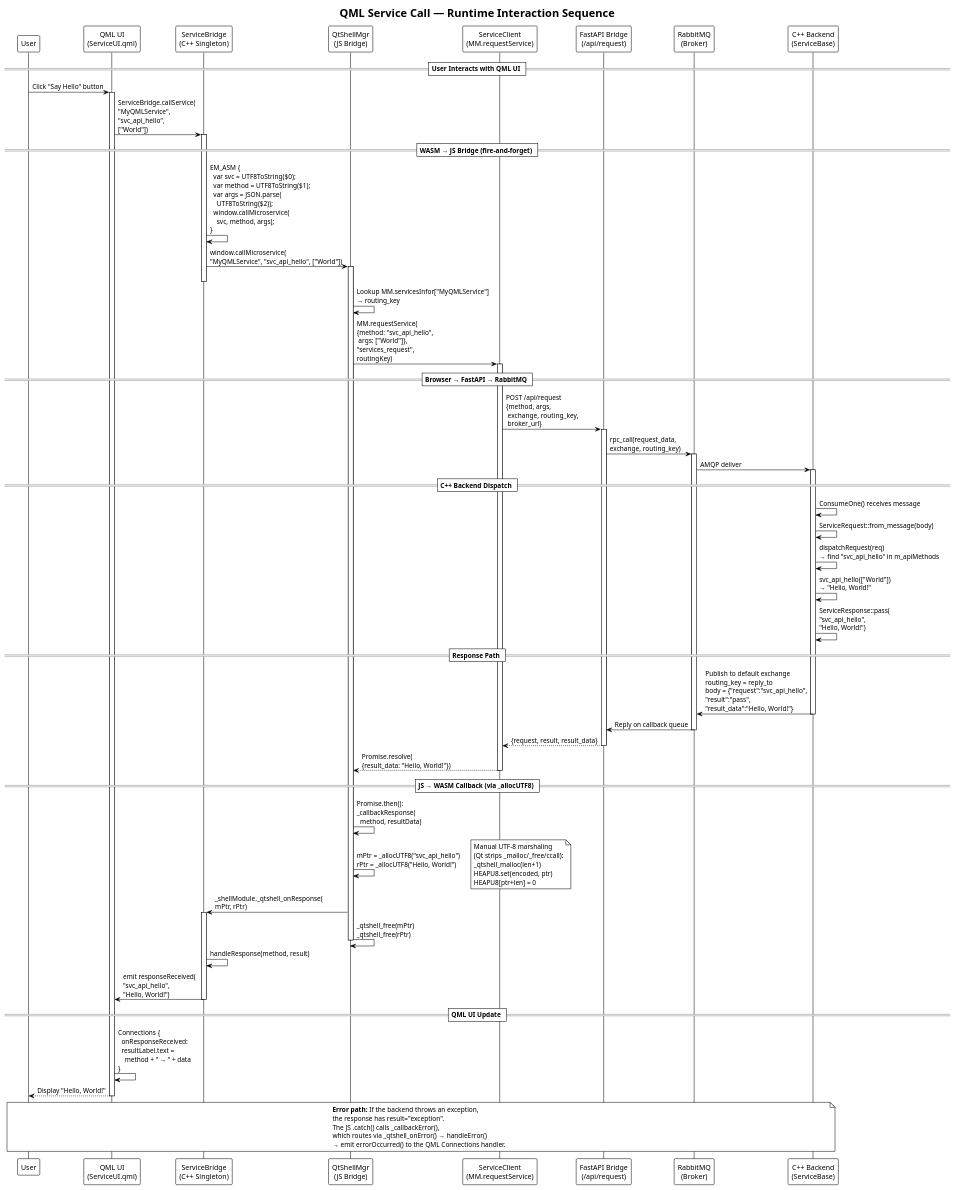
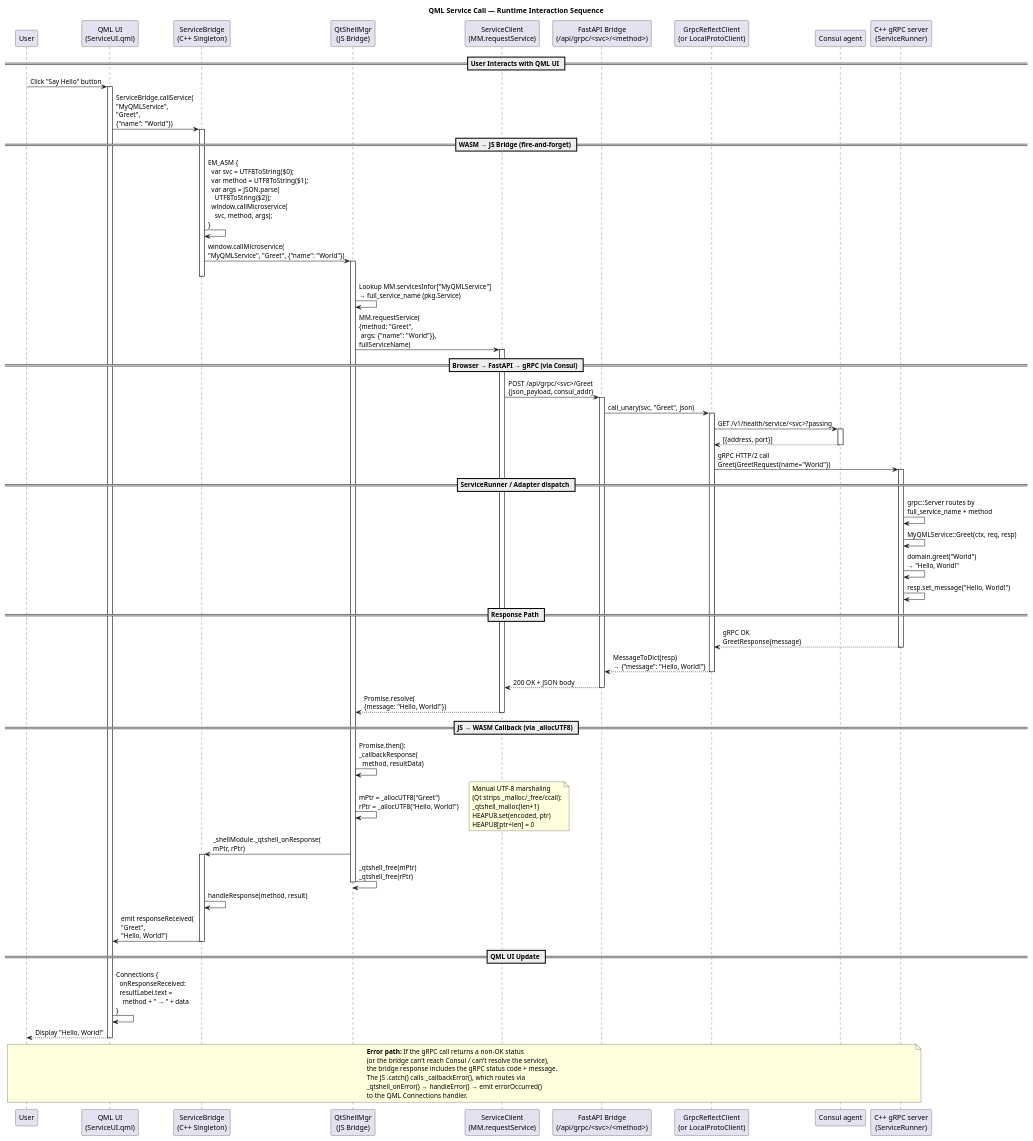
The diagram in docs/diagrams/sequence_qml_service_call.puml (test-fullautomation/python-microservice-base), drawn with PlantUML before and after one commit. The commit also changed 104 other files, not shown here.

```diff
--- a/docs/diagrams/sequence_qml_service_call.puml
+++ b/docs/diagrams/sequence_qml_service_call.puml
@@ -1,106 +1,111 @@
 @startuml sequence_qml_service_call
-!theme plain
 title QML Service Call — Runtime Interaction Sequence
 
 participant "User" as user
 participant "QML UI\n(ServiceUI.qml)" as qml
 participant "ServiceBridge\n(C++ Singleton)" as bridge
 participant "QtShellMgr\n(JS Bridge)" as mgr
 participant "ServiceClient\n(MM.requestService)" as client
-participant "FastAPI Bridge\n(/api/request)" as api
-participant "RabbitMQ\n(Broker)" as broker
-participant "C++ Backend\n(ServiceBase)" as backend
+participant "FastAPI Bridge\n(/api/grpc/<svc>/<method>)" as api
+participant "GrpcReflectClient\n(or LocalProtoClient)" as reflect
+participant "Consul agent" as consul
+participant "C++ gRPC server\n(ServiceRunner)" as backend
 
 == User Interacts with QML UI ==
 
 user -> qml : Click "Say Hello" button
 activate qml
 
-qml -> bridge : ServiceBridge.callService(\n"MyQMLService",\n"svc_api_hello",\n["World"])
+qml -> bridge : ServiceBridge.callService(\n"MyQMLService",\n"Greet",\n{"name": "World"})
 activate bridge
 
 == WASM → JS Bridge (fire-and-forget) ==
 
 bridge -> bridge : EM_ASM {\n  var svc = UTF8ToString($0);\n  var method = UTF8ToString($1);\n  var args = JSON.parse(\n    UTF8ToString($2));\n  window.callMicroservice(\n    svc, method, args);\n}
 
-bridge -> mgr : window.callMicroservice(\n"MyQMLService", "svc_api_hello", ["World"])
+bridge -> mgr : window.callMicroservice(\n"MyQMLService", "Greet", {"name": "World"})
 activate mgr
 deactivate bridge
 
-mgr -> mgr : Lookup MM.servicesInfor["MyQMLService"]\n→ routing_key
+mgr -> mgr : Lookup MM.servicesInfor["MyQMLService"]\n→ full_service_name (pkg.Service)
 
-mgr -> client : MM.requestService(\n{method: "svc_api_hello",\n args: ["World"]},\n"services_request",\nroutingKey)
+mgr -> client : MM.requestService(\n{method: "Greet",\n args: {"name": "World"}},\nfullServiceName)
 activate client
 
-== Browser → FastAPI → RabbitMQ ==
+== Browser → FastAPI → gRPC (via Consul) ==
 
-client -> api : POST /api/request\n{method, args,\n exchange, routing_key,\n broker_url}
+client -> api : POST /api/grpc/<svc>/Greet\n{json_payload, consul_addr}
 activate api
 
-api -> broker : rpc_call(request_data,\nexchange, routing_key)
-activate broker
+api -> reflect : call_unary(svc, "Greet", json)
+activate reflect
 
-broker -> backend : AMQP deliver
+reflect -> consul : GET /v1/health/service/<svc>?passing
+activate consul
+consul --> reflect : [{address, port}]
+deactivate consul
+
+reflect -> backend : gRPC HTTP/2 call\nGreet(GreetRequest{name="World"})
 activate backend
 
-== C++ Backend Dispatch ==
+== ServiceRunner / Adapter dispatch ==
 
-backend -> backend : ConsumeOne() receives message
-backend -> backend : ServiceRequest::from_message(body)
-backend -> backend : dispatchRequest(req)\n→ find "svc_api_hello" in m_apiMethods
-backend -> backend : svc_api_hello(["World"])\n→ "Hello, World!"
-backend -> backend : ServiceResponse::pass(\n"svc_api_hello",\n"Hello, World!")
+backend -> backend : grpc::Server routes by\nfull_service_name + method
+backend -> backend : MyQMLService::Greet(ctx, req, resp)
+backend -> backend : domain.greet("World")\n→ "Hello, World!"
+backend -> backend : resp.set_message("Hello, World!")
 
 == Response Path ==
 
-backend -> broker : Publish to default exchange\nrouting_key = reply_to\nbody = {"request":"svc_api_hello",\n"result":"pass",\n"result_data":"Hello, World!"}
+backend --> reflect : gRPC OK\nGreetResponse{message}
 deactivate backend
 
-broker -> api : Reply on callback queue
-deactivate broker
+reflect --> api : MessageToDict(resp)\n→ {"message": "Hello, World!"}
+deactivate reflect
 
-api --> client : {request, result, result_data}
+api --> client : 200 OK + JSON body
 deactivate api
 
-client --> mgr : Promise.resolve(\n{result_data: "Hello, World!"})
+client --> mgr : Promise.resolve(\n{message: "Hello, World!"})
 deactivate client
 
 == JS → WASM Callback (via _allocUTF8) ==
 
 mgr -> mgr : Promise.then():\n_callbackResponse(\n  method, resultData)
 
-mgr -> mgr : mPtr = _allocUTF8("svc_api_hello")\nrPtr = _allocUTF8("Hello, World!")
+mgr -> mgr : mPtr = _allocUTF8("Greet")\nrPtr = _allocUTF8("Hello, World!")
 note right
   Manual UTF-8 marshaling
   (Qt strips _malloc/_free/ccall):
   _qtshell_malloc(len+1)
   HEAPU8.set(encoded, ptr)
   HEAPU8[ptr+len] = 0
 end note
 
 mgr -> bridge : _shellModule._qtshell_onResponse(\nmPtr, rPtr)
 activate bridge
 
 mgr -> mgr : _qtshell_free(mPtr)\n_qtshell_free(rPtr)
 deactivate mgr
 
 bridge -> bridge : handleResponse(method, result)
-bridge -> qml : emit responseReceived(\n"svc_api_hello",\n"Hello, World!")
+bridge -> qml : emit responseReceived(\n"Greet",\n"Hello, World!")
 deactivate bridge
 
 == QML UI Update ==
 
 qml -> qml : Connections {\n  onResponseReceived:\n  resultLabel.text =\n    method + " → " + data\n}
 
 qml --> user : Display "Hello, World!"
 deactivate qml
 
 note over user, backend
-  **Error path:** If the backend throws an exception,
-  the response has result="exception".
-  The JS .catch() calls _callbackError(),
-  which routes via _qtshell_onError() → handleError()
-  → emit errorOccurred() to the QML Connections handler.
+  **Error path:** If the gRPC call returns a non-OK status
+  (or the bridge can't reach Consul / can't resolve the service),
+  the bridge response includes the gRPC status code + message.
+  The JS .catch() calls _callbackError(), which routes via
+  _qtshell_onError() → handleError() → emit errorOccurred()
+  to the QML Connections handler.
 end note
 
 @enduml
```
